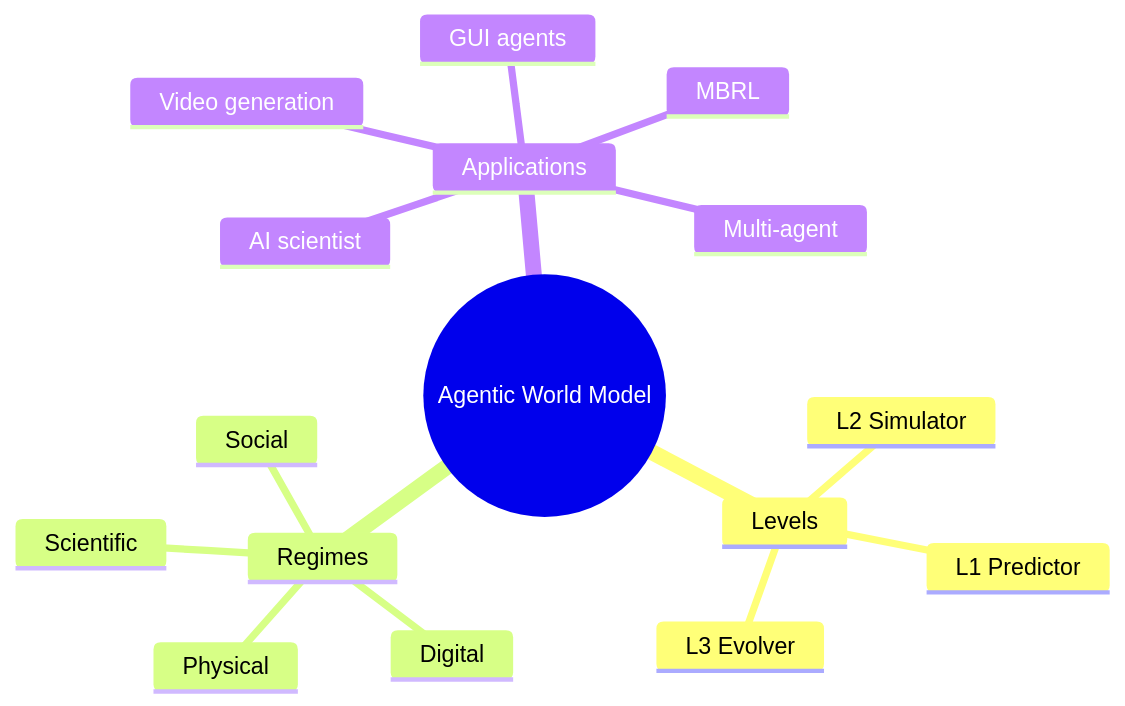
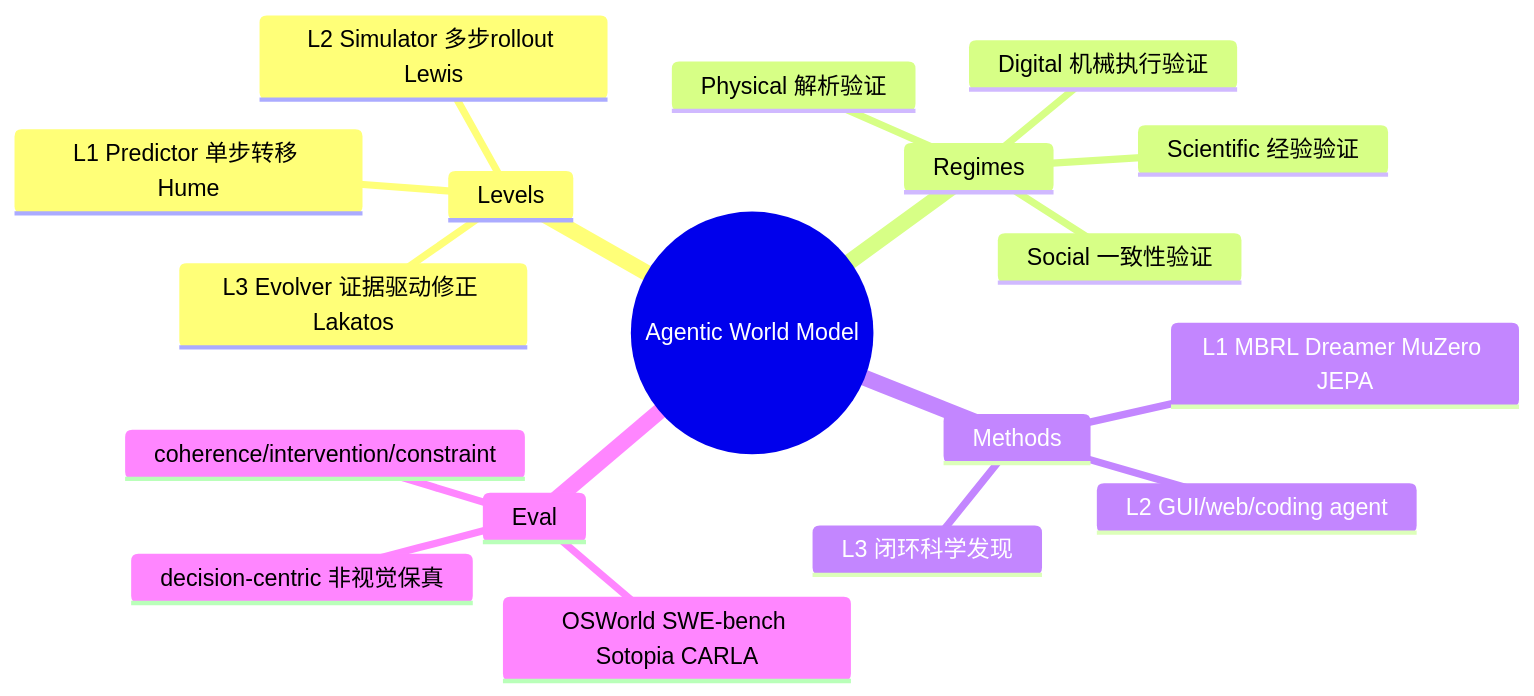
One commit to Kendrick-Stein/MCISLAB_DeepRead changed the diagram in Papers/2604-AgenticWorldModel.md. Above: the diagram before and after it, drawn with Mermaid. The commit also changed other lines of this file and 21 other files, not shown here.

````diff
--- a/Papers/2604-AgenticWorldModel.md
+++ b/Papers/2604-AgenticWorldModel.md
@@ -115,19 +116,21 @@
 ```mermaid
 mindmap
   root((Agentic World Model))
     Levels
-      L1 Predictor
-      L2 Simulator
-      L3 Evolver
+      L1 Predictor 单步转移 Hume
+      L2 Simulator 多步rollout Lewis
+      L3 Evolver 证据驱动修正 Lakatos
     Regimes
-      Physical
-      Digital
-      Social
-      Scientific
-    Applications
-      MBRL
-      Video generation
-      GUI agents
-      Multi-agent
-      AI scientist
+      Physical 解析验证
+      Digital 机械执行验证
+      Social 一致性验证
+      Scientific 经验验证
+    Methods
+      L1 MBRL Dreamer MuZero JEPA
+      L2 GUI/web/coding agent
+      L3 闭环科学发现
+    Eval
+      decision-centric 非视觉保真
+      coherence/intervention/constraint
+      OSWorld SWE-bench Sotopia CARLA
 ```
````
